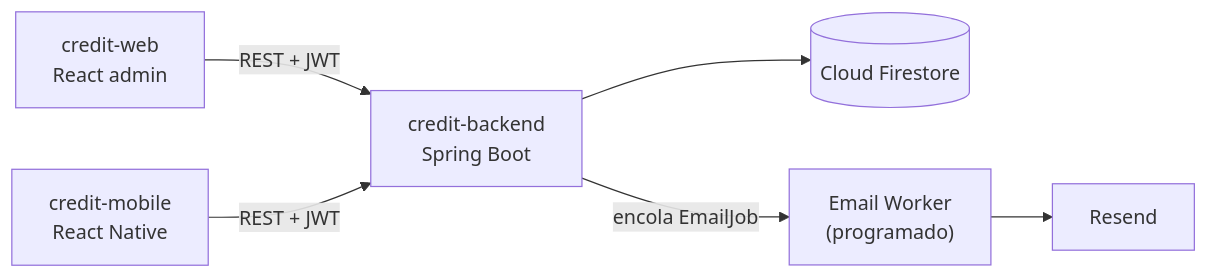
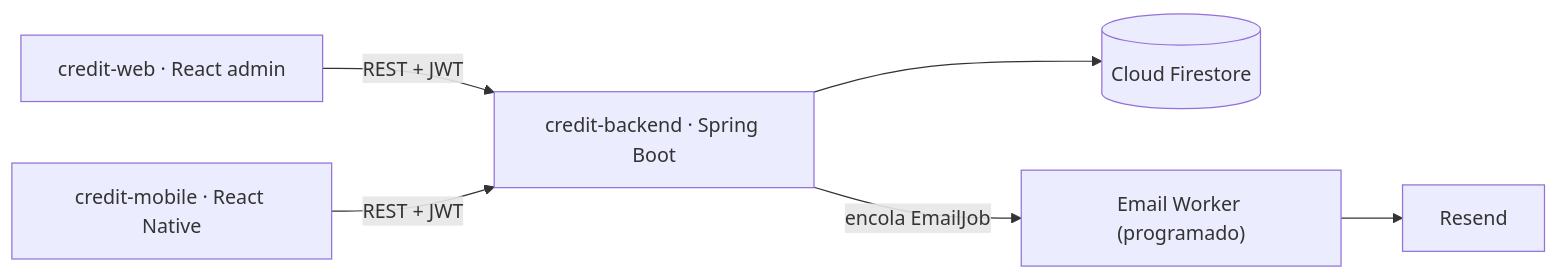
Before and after one commit to CarlosPolo019/credit-backend: the first of 4 diagrams in README.md, drawn with Mermaid. The commit also changed other lines of this file, not shown here.

Commit message:
fix(docs): remove <br/> from Mermaid node labels, breaks GitHub's renderer
GitHub's Mermaid viewer intermittently fails to render (Cannot read
properties of undefined (reading 'render')) when a flowchart node label
contains an HTML tag like <br/>. Single-line labels render reliably.

````diff
--- a/README.md
+++ b/README.md
@@ -39,8 +39,8 @@
 ```mermaid
 flowchart LR
-  web["credit-web<br/>React admin"] -->|REST + JWT| api["credit-backend<br/>Spring Boot"]
-  mobile["credit-mobile<br/>React Native"] -->|REST + JWT| api
+  web["credit-web · React admin"] -->|REST + JWT| api["credit-backend · Spring Boot"]
+  mobile["credit-mobile · React Native"] -->|REST + JWT| api
   api --> firestore[("Cloud Firestore")]
-  api -->|encola EmailJob| worker["Email Worker<br/>(programado)"]
+  api -->|encola EmailJob| worker["Email Worker (programado)"]
   worker --> resend["Resend"]
 ```
````
